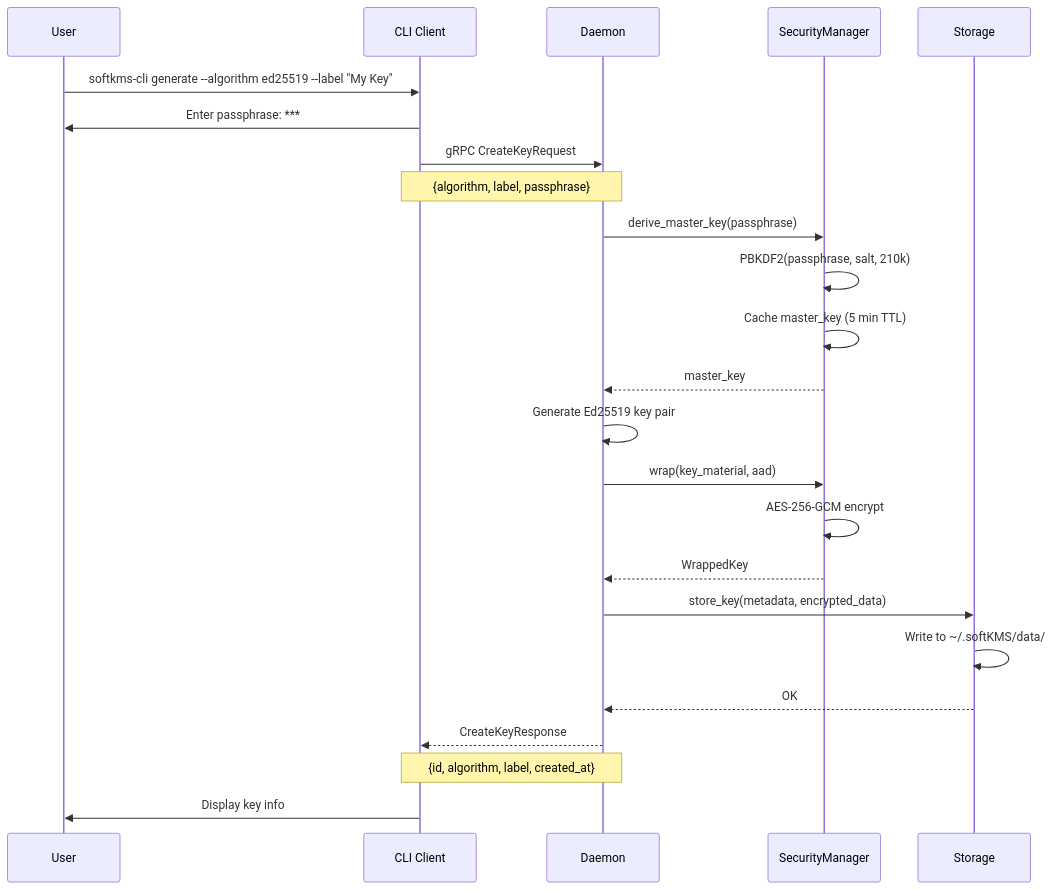
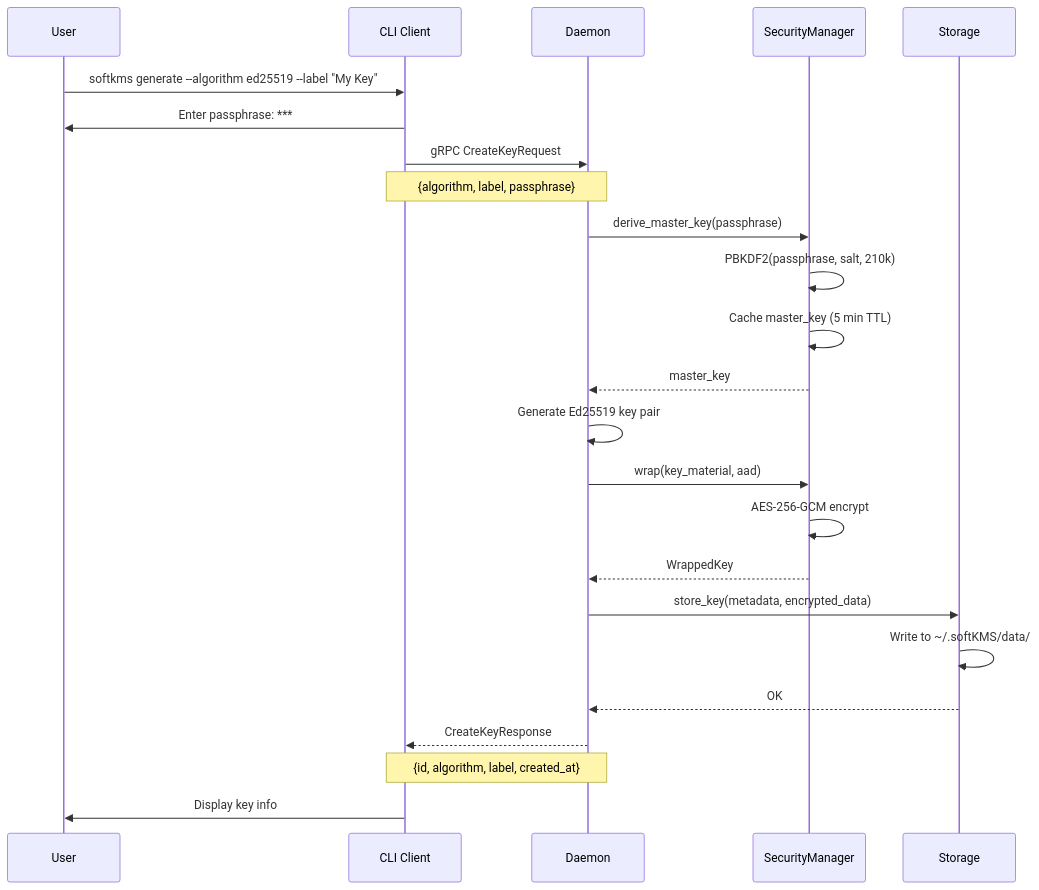
One commit to ehanoc/softKMS changed the fourth of 7 diagrams in docs/CLI_DAEMON_ARCHITECTURE.md. Above: the diagram before and after it, drawn with Mermaid. The commit also changed other lines of this file and 12 other files, not shown here.

First line of the commit message:
refactor: Rename CLI binary from softkms-cli to softkms

````diff
--- a/docs/CLI_DAEMON_ARCHITECTURE.md
+++ b/docs/CLI_DAEMON_ARCHITECTURE.md
@@ -105,31 +105,31 @@
 ```mermaid
 sequenceDiagram
     participant U as User
     participant CLI as CLI Client
     participant D as Daemon
     participant SM as SecurityManager
     participant S as Storage
 
-    U->>CLI: softkms-cli generate --algorithm ed25519 --label "My Key"
+    U->>CLI: softkms generate --algorithm ed25519 --label "My Key"
     CLI->>U: Enter passphrase: ***
     CLI->>D: gRPC CreateKeyRequest
     Note over CLI,D: {algorithm, label, passphrase}
     
     D->>SM: derive_master_key(passphrase)
     SM->>SM: PBKDF2(passphrase, salt, 210k)
     SM->>SM: Cache master_key (5 min TTL)
     SM-->>D: master_key
     
     D->>D: Generate Ed25519 key pair
     D->>SM: wrap(key_material, aad)
     SM->>SM: AES-256-GCM encrypt
     SM-->>D: WrappedKey
     
     D->>S: store_key(metadata, encrypted_data)
     S->>S: Write to ~/.softKMS/data/
     S-->>D: OK
     
     D-->>CLI: CreateKeyResponse
     Note over D,CLI: {id, algorithm, label, created_at}
     CLI->>U: Display key info
 ```
````
